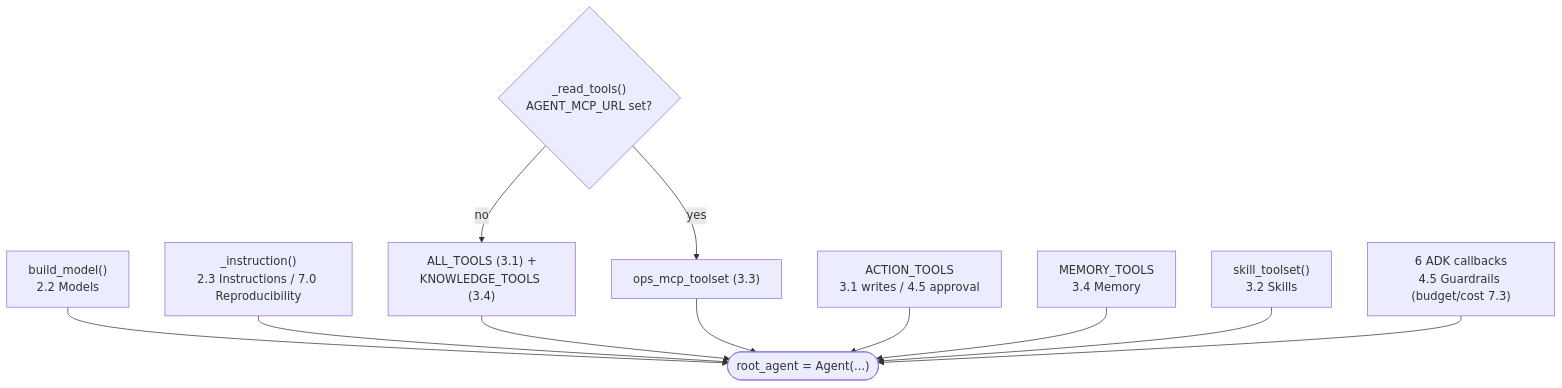
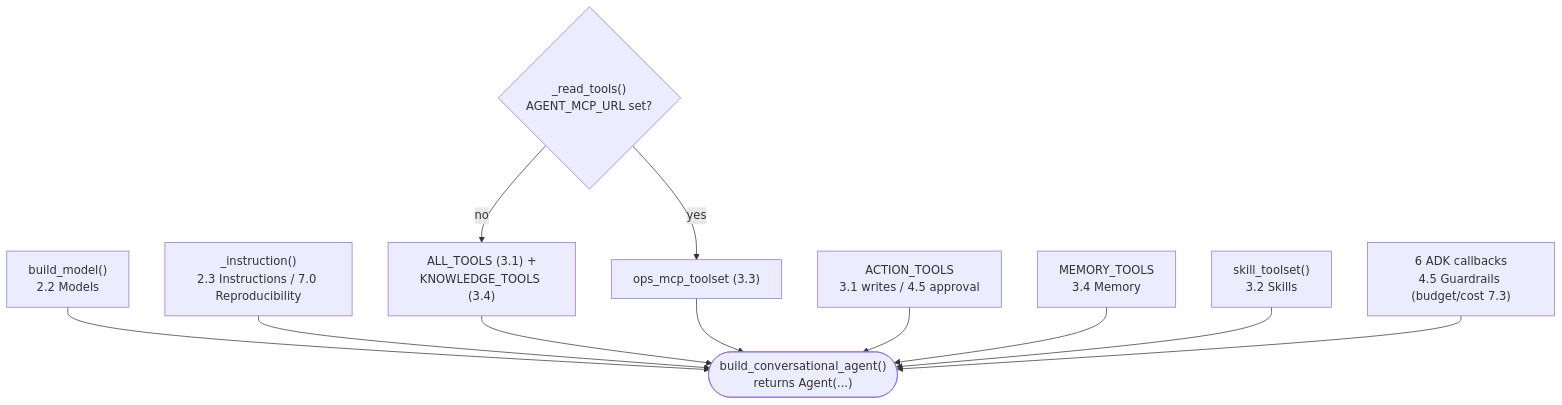
One commit to LuiGGi629/agentops-open-course changed the diagram in docs/2. Agents/2.1. First Agent.md. Above: the diagram before and after it, drawn with Mermaid. The commit also changed other lines of this file and 121 other files, not shown here.

````diff
--- a/docs/2. Agents/2.1. First Agent.md
+++ b/docs/2. Agents/2.1. First Agent.md
@@ -129,14 +127,14 @@
 ```mermaid
 flowchart TD
-    BM["build_model()<br/>2.2 Models"] --> RA(["root_agent = Agent(...)"])
+    BM["build_model()<br/>2.2 Models"] --> RA(["build_conversational_agent()<br/>returns Agent(...)"])
     IN["_instruction()<br/>2.3 Instructions / 7.0 Reproducibility"] --> RA
     RT{"_read_tools()<br/>AGENT_MCP_URL set?"}
     RT -->|no| LOC["ALL_TOOLS (3.1) +<br/>KNOWLEDGE_TOOLS (3.4)"]
     RT -->|yes| MCP["ops_mcp_toolset (3.3)"]
     LOC --> RA
     MCP --> RA
     AC["ACTION_TOOLS<br/>3.1 writes / 4.5 approval"] --> RA
     ME["MEMORY_TOOLS<br/>3.4 Memory"] --> RA
     SK["skill_toolset()<br/>3.2 Skills"] --> RA
     CB["6 ADK callbacks<br/>4.5 Guardrails (budget/cost 7.3)"] --> RA
 ```
````
